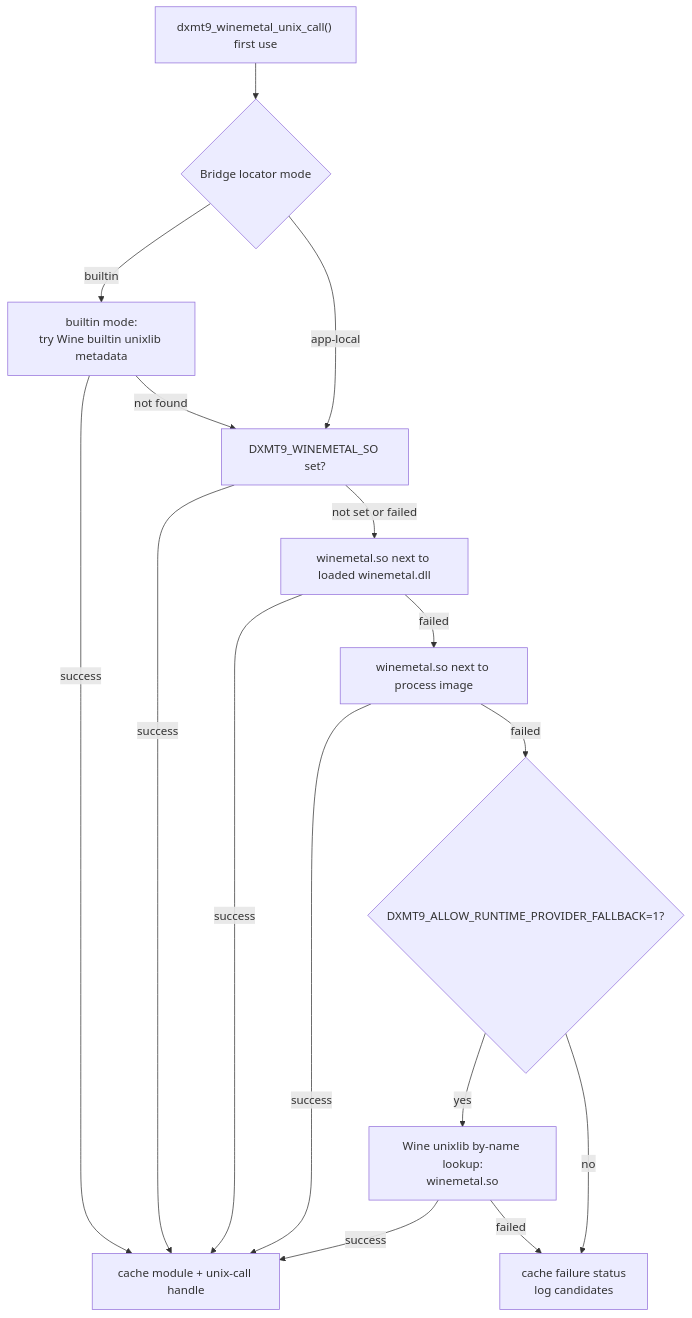
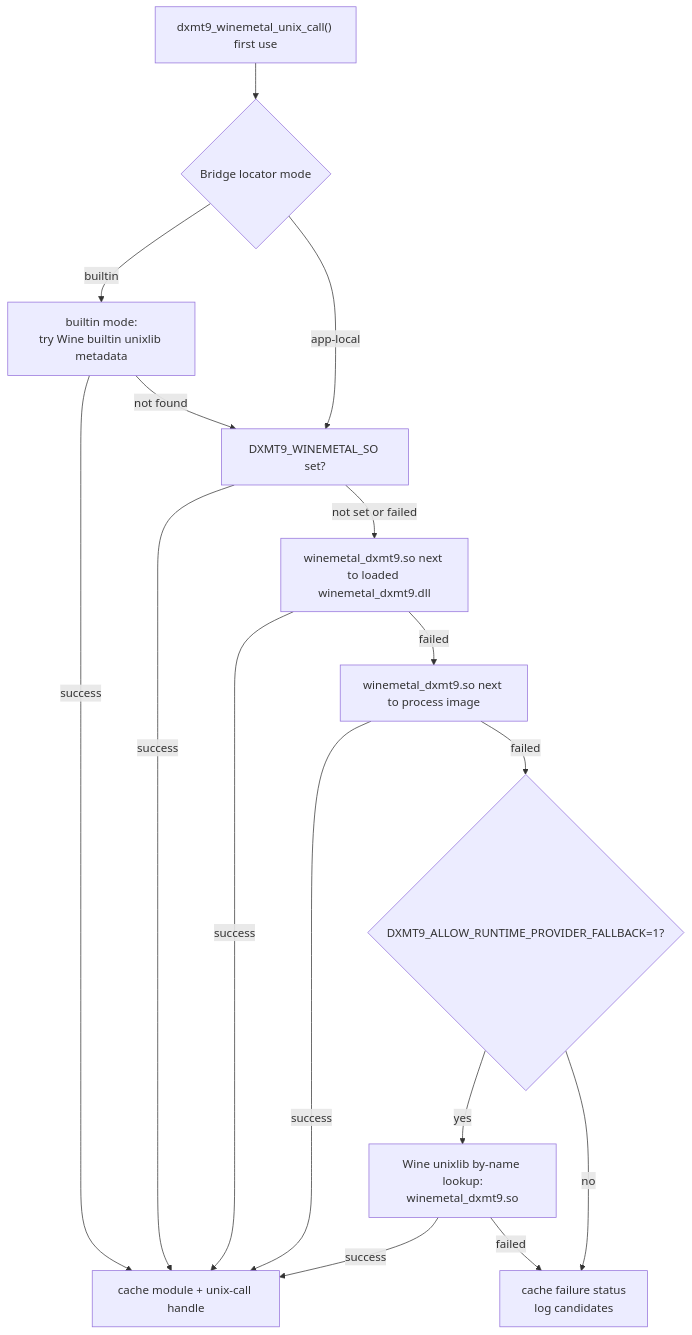
One commit to dfdgsdfg/dxmt9 changed the fourth of 4 diagrams in specs/deploy/spec.md. Above: the diagram before and after it, drawn with Mermaid. The commit also changed other lines of this file and 10 other files, not shown here.

````diff
--- a/specs/deploy/spec.md
+++ b/specs/deploy/spec.md
@@ -246,29 +264,29 @@
 ```mermaid
 flowchart TD
     START["dxmt9_winemetal_unix_call() first use"]
     MODE{Bridge locator mode}
     BUILTIN["builtin mode:\ntry Wine builtin unixlib metadata"]
     ENV["DXMT9_WINEMETAL_SO set?"]
-    MODDIR["winemetal.so next to loaded winemetal.dll"]
-    EXEDIR["winemetal.so next to process image"]
+    MODDIR["winemetal_dxmt9.so next to loaded winemetal_dxmt9.dll"]
+    EXEDIR["winemetal_dxmt9.so next to process image"]
     ALLOW{DXMT9_ALLOW_RUNTIME_PROVIDER_FALLBACK=1?}
-    BYNAME["Wine unixlib by-name lookup:\nwinemetal.so"]
+    BYNAME["Wine unixlib by-name lookup:\nwinemetal_dxmt9.so"]
     OK["cache module + unix-call handle"]
     FAIL["cache failure status\nlog candidates"]
 
     START --> MODE
     MODE -->|builtin| BUILTIN
     MODE -->|app-local| ENV
     BUILTIN -->|success| OK
     BUILTIN -->|not found| ENV
     ENV -->|success| OK
     ENV -->|not set or failed| MODDIR
     MODDIR -->|success| OK
     MODDIR -->|failed| EXEDIR
     EXEDIR -->|success| OK
     EXEDIR -->|failed| ALLOW
     ALLOW -->|yes| BYNAME
     ALLOW -->|no| FAIL
     BYNAME -->|success| OK
     BYNAME -->|failed| FAIL
 ```
````
